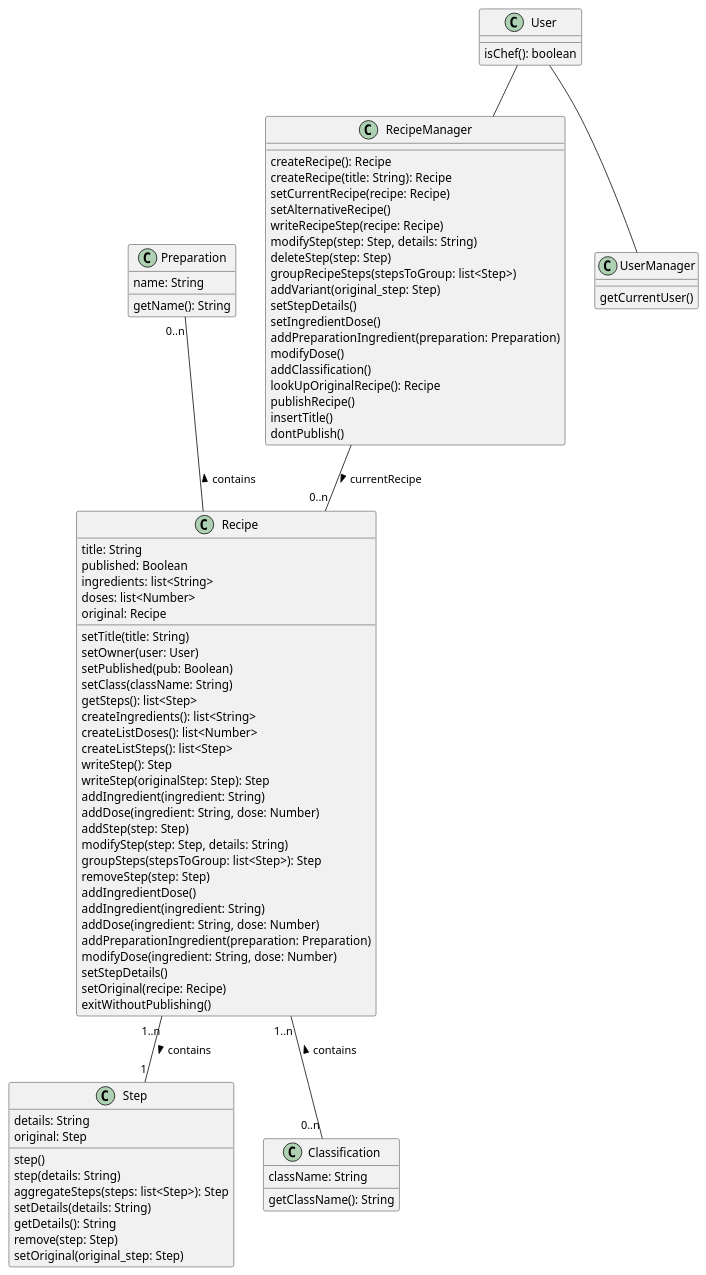
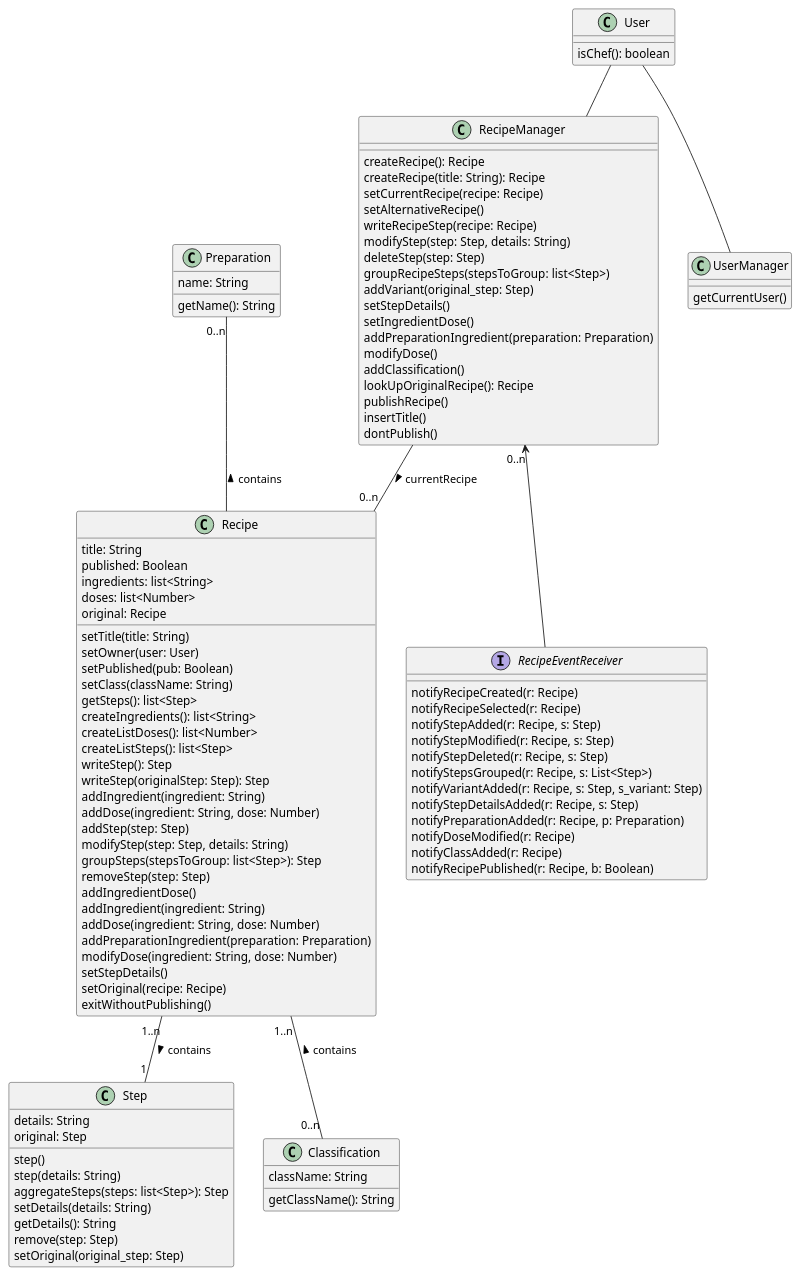
The diagram in dcd/dcd-ricette.md (m0canu1/sas), drawn with PlantUML before and after one commit.

Commit message:
interface event for dcd ricette added

````diff
--- a/dcd/dcd-ricette.md
+++ b/dcd/dcd-ricette.md
@@ -1,4 +1,22 @@
 ```plantuml
+
+Interface RecipeEventReceiver {
+    notifyRecipeCreated(r: Recipe)
+    notifyRecipeSelected(r: Recipe)
+    notifyStepAdded(r: Recipe, s: Step)
+    notifyStepModified(r: Recipe, s: Step)
+    notifyStepDeleted(r: Recipe, s: Step)
+    notifyStepsGrouped(r: Recipe, s: List<Step>)
+    notifyVariantAdded(r: Recipe, s: Step, s_variant: Step)
+    notifyStepDetailsAdded(r: Recipe, s: Step)
+    notifyPreparationAdded(r: Recipe, p: Preparation)
+    notifyDoseModified(r: Recipe)
+    notifyClassAdded(r: Recipe)
+    notifyRecipePublished(r: Recipe, b: Boolean)
+
+
+}
+
 
 Class RecipeManager {
 	createRecipe(): Recipe
@@ -85,6 +103,8 @@
 }
 
 
+RecipeManager "0..n" <-- RecipeEventReceiver
+
 RecipeManager -- "0..n" Recipe: currentRecipe >
 
 Recipe "1..n" -- "0..n" Classification: contains <
````
